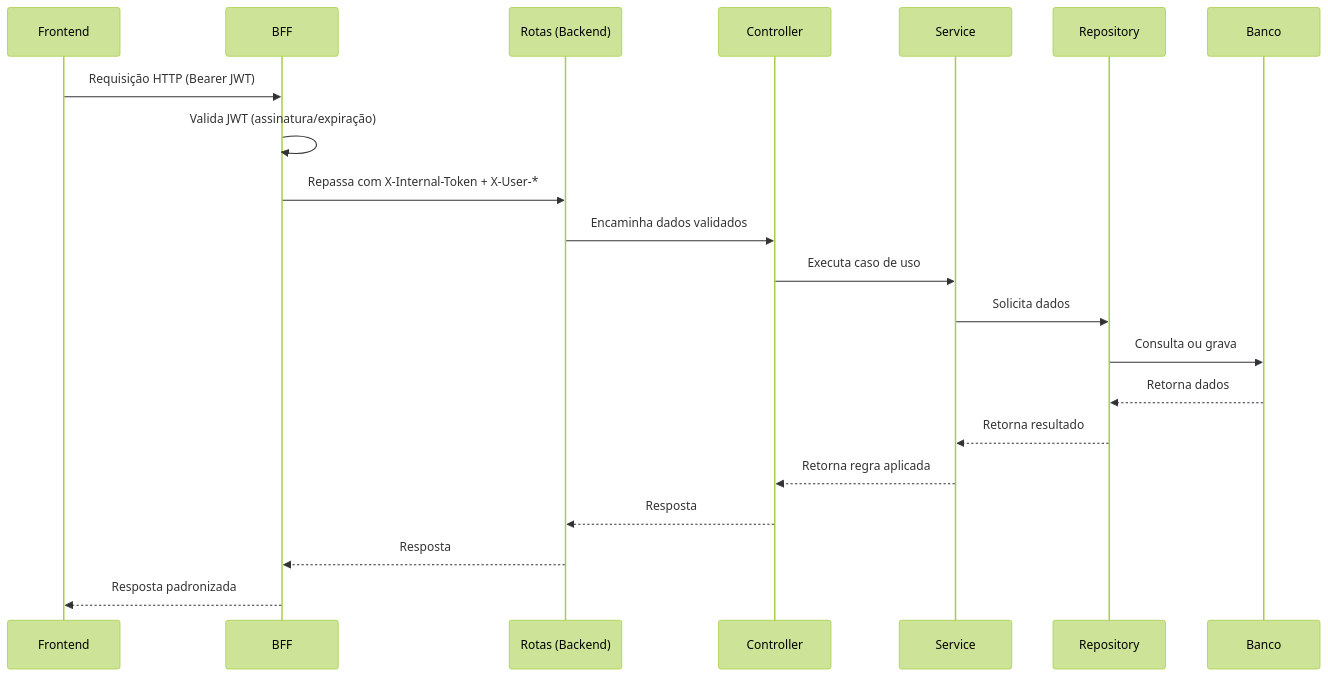
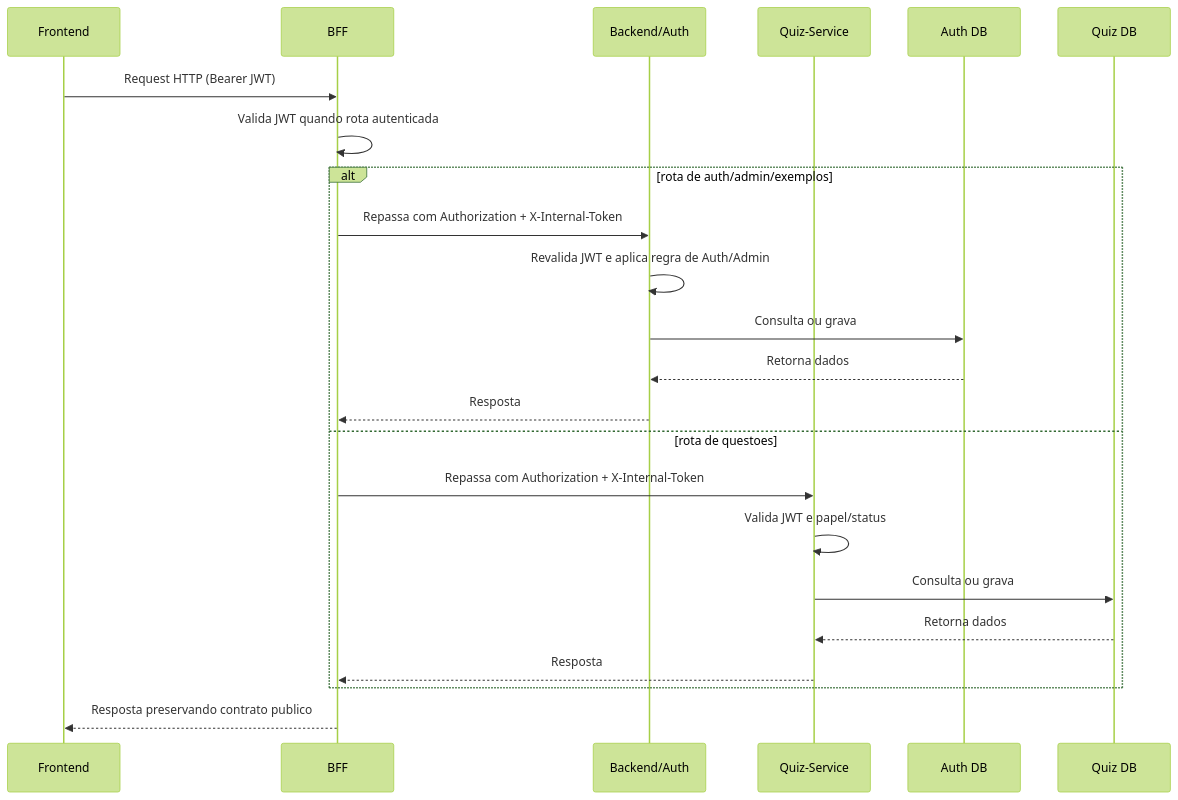
One commit to fga-eps-mds/2026-1-AnatoQuizUp-Doc changed the diagram in docs/arquitetura/visoes/logica.md. Above: the diagram before and after it, drawn with Mermaid (forest theme). The commit also changed other lines of this file and 10 other files, not shown here.

Commit message:
docs: atualiza arquitetura para quiz-service

````diff
--- a/docs/arquitetura/visoes/logica.md
+++ b/docs/arquitetura/visoes/logica.md
@@ -66,24 +59,26 @@
 ```mermaid
 sequenceDiagram
     participant F as Frontend
     participant B as BFF
-    participant R as Rotas (Backend)
-    participant C as Controller
-    participant S as Service
-    participant P as Repository
-    participant DB as Banco
+    participant A as Backend/Auth
+    participant Q as Quiz-Service
+    participant DBAuth as Auth DB
+    participant DBQuiz as Quiz DB
 
-    F->>B: Requisição HTTP (Bearer JWT)
-    B->>B: Valida JWT (assinatura/expiração)
-    B->>R: Repassa com X-Internal-Token + X-User-*
-    R->>C: Encaminha dados validados
-    C->>S: Executa caso de uso
-    S->>P: Solicita dados
-    P->>DB: Consulta ou grava
-    DB-->>P: Retorna dados
-    P-->>S: Retorna resultado
-    S-->>C: Retorna regra aplicada
-    C-->>R: Resposta
-    R-->>B: Resposta
-    B-->>F: Resposta padronizada
+    F->>B: Request HTTP (Bearer JWT)
+    B->>B: Valida JWT quando rota autenticada
+    alt rota de auth/admin/exemplos
+        B->>A: Repassa com Authorization + X-Internal-Token
+        A->>A: Revalida JWT e aplica regra de Auth/Admin
+        A->>DBAuth: Consulta ou grava
+        DBAuth-->>A: Retorna dados
+        A-->>B: Resposta
+    else rota de questoes
+        B->>Q: Repassa com Authorization + X-Internal-Token
+        Q->>Q: Valida JWT e papel/status
+        Q->>DBQuiz: Consulta ou grava
+        DBQuiz-->>Q: Retorna dados
+        Q-->>B: Resposta
+    end
+    B-->>F: Resposta preservando contrato publico
 ```
````
